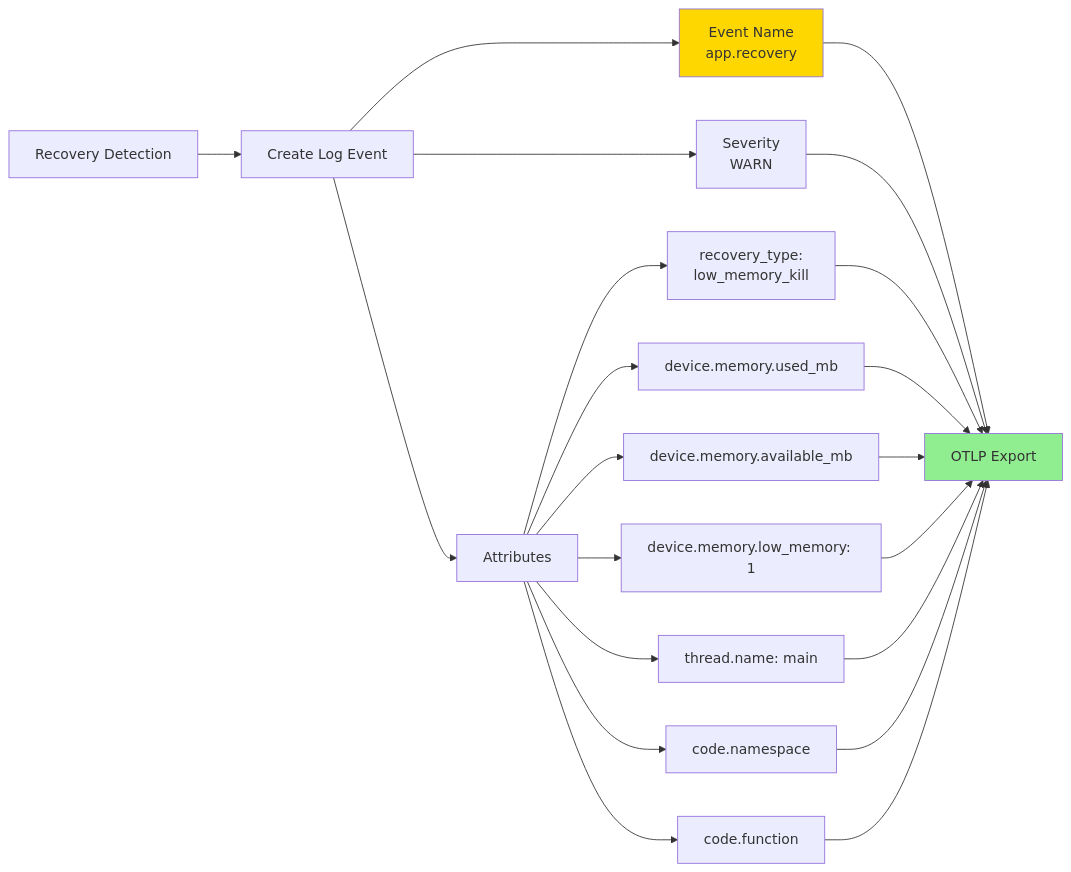
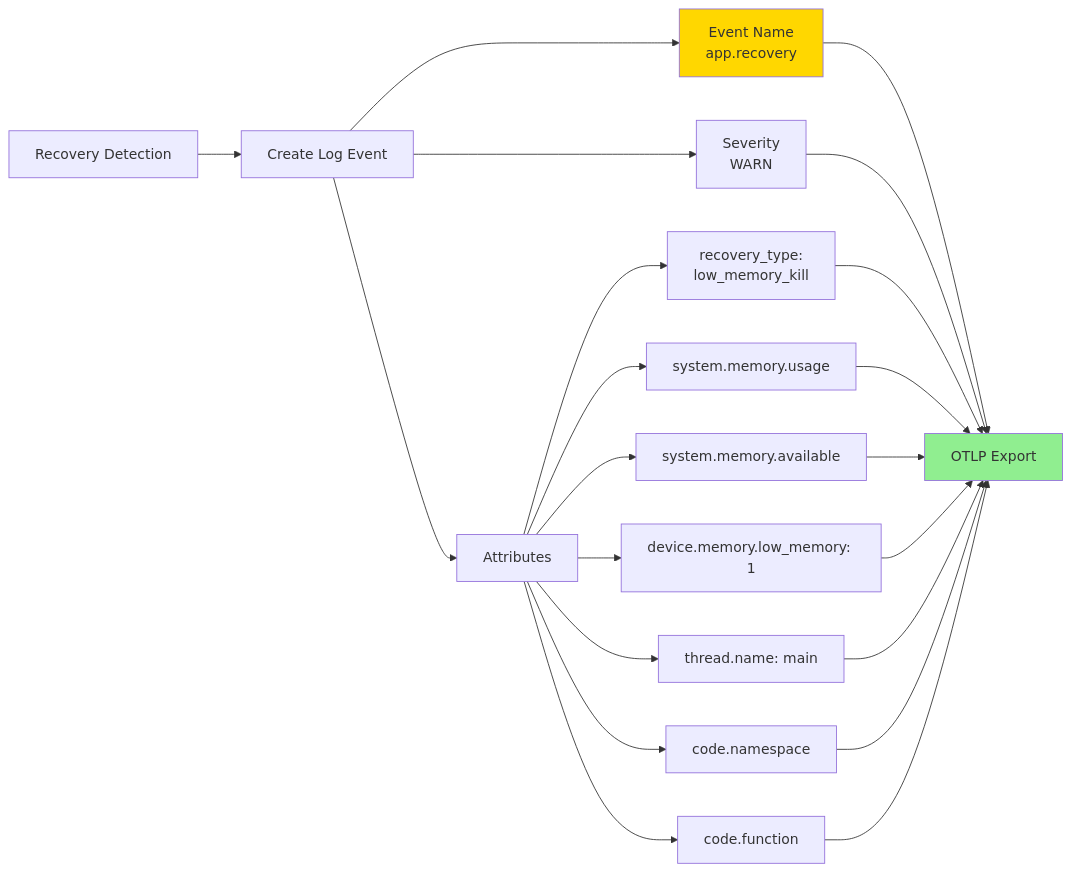
Before and after one commit to barrysolomon/mobile-otel: the sixth of 10 diagrams in docs/architecture/04-low-memory-handling.md, drawn with Mermaid. The commit also changed other lines of this file and 10 other files, not shown here.

````diff
--- a/docs/architecture/04-low-memory-handling.md
+++ b/docs/architecture/04-low-memory-handling.md
@@ -182,29 +182,29 @@
 ```mermaid
 graph LR
     A[Recovery Detection] --> B[Create Log Event]
 
     B --> C[Event Name<br/>app.recovery]
     B --> D[Severity<br/>WARN]
     B --> E[Attributes]
 
     E --> F[recovery_type:<br/>low_memory_kill]
-    E --> G[device.memory.used_mb]
-    E --> H[device.memory.available_mb]
+    E --> G[system.memory.usage]
+    E --> H[system.memory.available]
     E --> I[device.memory.low_memory: 1]
     E --> J[thread.name: main]
     E --> K[code.namespace]
     E --> L[code.function]
 
     C --> M[OTLP Export]
     D --> M
     F --> M
     G --> M
     H --> M
     I --> M
     J --> M
     K --> M
     L --> M
 
     style C fill:#FFD700
     style M fill:#90EE90
 ```
````
